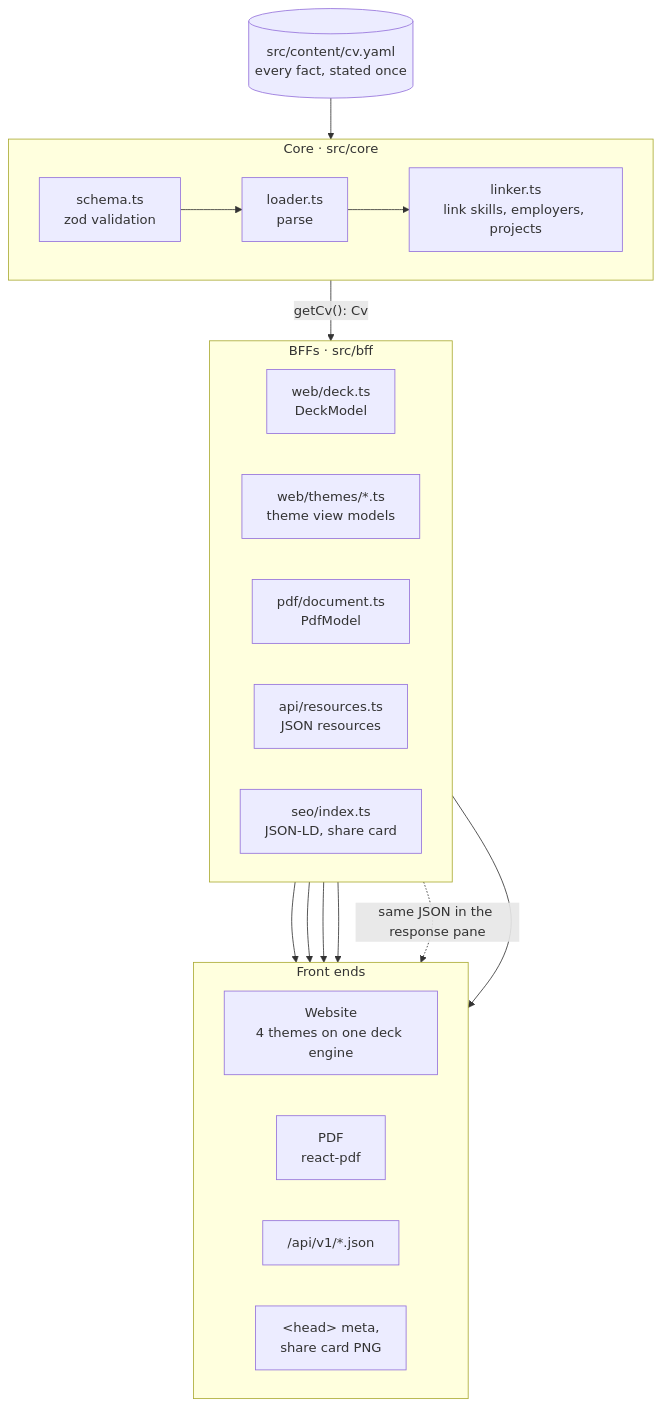
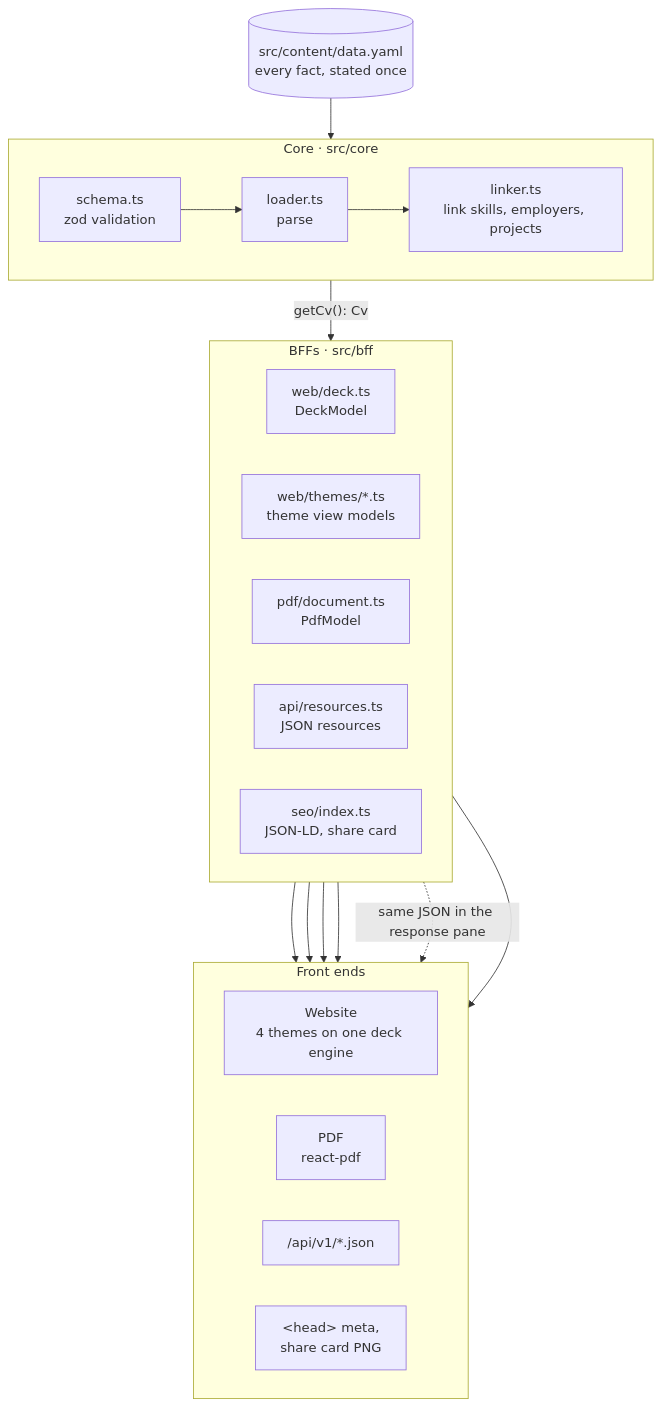
One commit to steinmaerivoet/CurriculumVitae changed the diagram in README.md. Above: the diagram before and after it, drawn with Mermaid. The commit also changed other lines of this file and 26 other files, not shown here.

First line of the commit message:
Rename cv.yaml to data.yaml and add a JSON Schema for editors

````diff
--- a/README.md
+++ b/README.md
@@ -143,35 +144,35 @@
 ```mermaid
 flowchart TB
-  yaml[("src/content/cv.yaml<br/>every fact, stated once")]
+  yaml[("src/content/data.yaml<br/>every fact, stated once")]
 
   subgraph core["Core · src/core"]
     direction LR
     schema["schema.ts<br/>zod validation"] --> loader["loader.ts<br/>parse"] --> linker["linker.ts<br/>link skills, employers, projects"]
   end
 
   subgraph bff["BFFs · src/bff"]
     direction LR
     deck["web/deck.ts<br/>DeckModel"]
     presenters["web/themes/*.ts<br/>theme view models"]
     pdfbff["pdf/document.ts<br/>PdfModel"]
     api["api/resources.ts<br/>JSON resources"]
     seo["seo/index.ts<br/>JSON-LD, share card"]
   end
 
   subgraph front["Front ends"]
     direction LR
     themes["Website<br/>4 themes on one deck engine"]
     pdf["PDF<br/>react-pdf"]
     json["/api/v1/*.json"]
     head["&lt;head&gt; meta,<br/>share card PNG"]
   end
 
   yaml --> core
   core -- "getCv(): Cv" --> bff
   deck --> themes
   presenters --> themes
   pdfbff --> pdf
   api --> json
   api -. "same JSON in the response pane" .-> themes
   seo --> head
 ```
````
